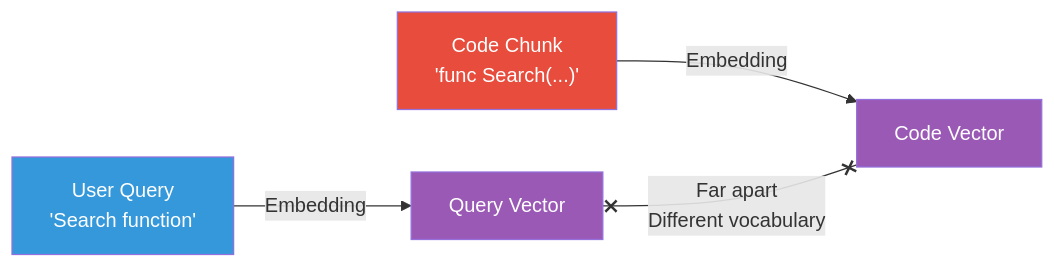
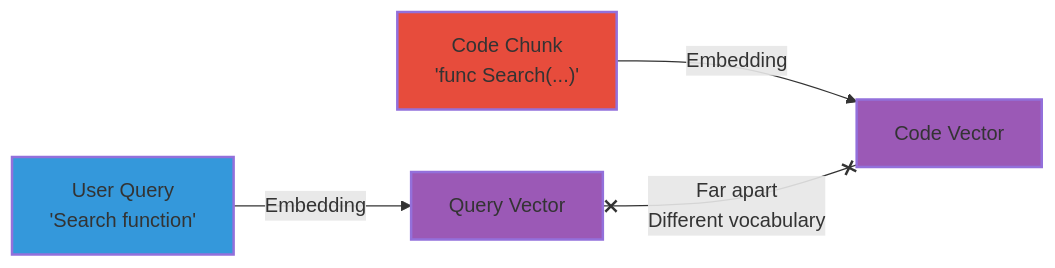
One commit to sampi02/amanmcp changed the second of 5 diagrams in docs/research/contextual-retrieval-decision.md. Above: the diagram before and after it, drawn with Mermaid. The commit also changed other lines of this file and 59 other files, not shown here.

````diff
--- a/docs/research/contextual-retrieval-decision.md
+++ b/docs/research/contextual-retrieval-decision.md
@@ -59,15 +82,15 @@
 ```mermaid
 flowchart LR
     User["User Query<br/>'Search function'"]
     Code["Code Chunk<br/>'func Search(...)'"]
 
-    User -->|"Embedding"| UV["Query Vector"]
-    Code -->|"Embedding"| CV["Code Vector"]
+    User -->|Embedding| UV["Query Vector"]
+    Code -->|Embedding| CV["Code Vector"]
 
     UV x--x|"Far apart<br/>Different vocabulary"| CV
 
-    style User fill:#3498db,color:#fff
-    style Code fill:#e74c3c,color:#fff
-    style UV fill:#9b59b6,color:#fff
-    style CV fill:#9b59b6,color:#fff
+    style User fill:#3498db,stroke-width:2px
+    style Code fill:#e74c3c,stroke-width:2px
+    style UV fill:#9b59b6,stroke-width:2px
+    style CV fill:#9b59b6,stroke-width:2px
 ```
````
